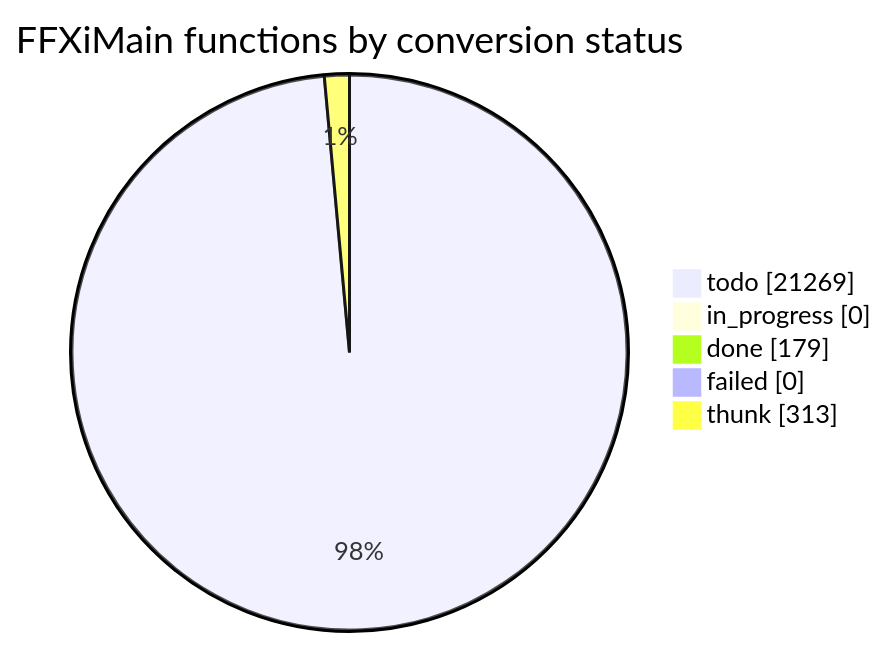
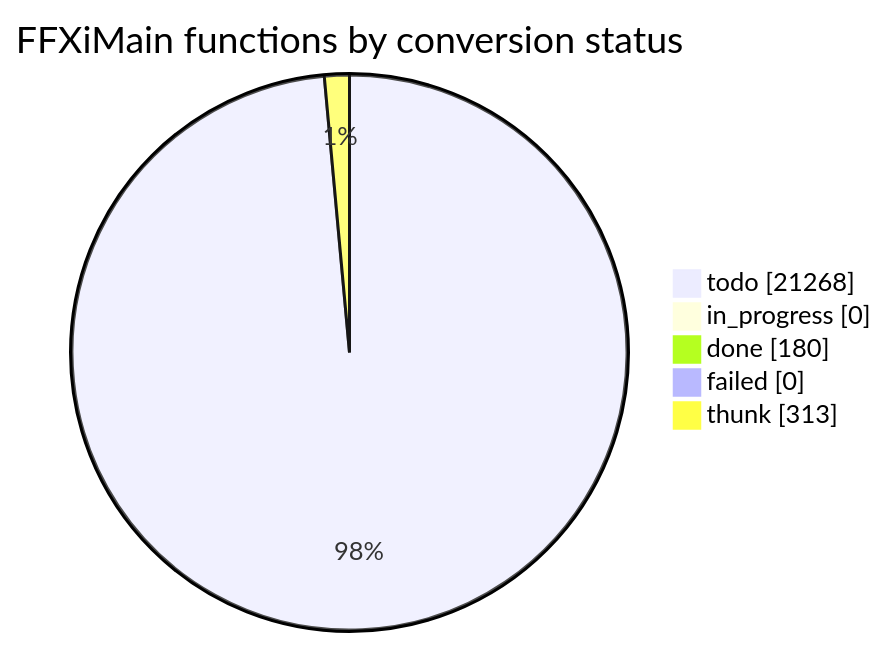
One commit to cowrevenge/cow_kuluu_xi_anything changed the diagram in docs/cow/STATUS.md. Above: the diagram before and after it, drawn with Mermaid. The commit also changed other lines of this file and 9 other files, not shown here.

````diff
--- a/docs/cow/STATUS.md
+++ b/docs/cow/STATUS.md
@@ -18,9 +18,9 @@
 ```mermaid
 pie showData
     title FFXiMain functions by conversion status
-    "todo" : 21269
+    "todo" : 21268
     "in_progress" : 0
-    "done" : 179
+    "done" : 180
     "failed" : 0
     "thunk" : 313
 ```
````
